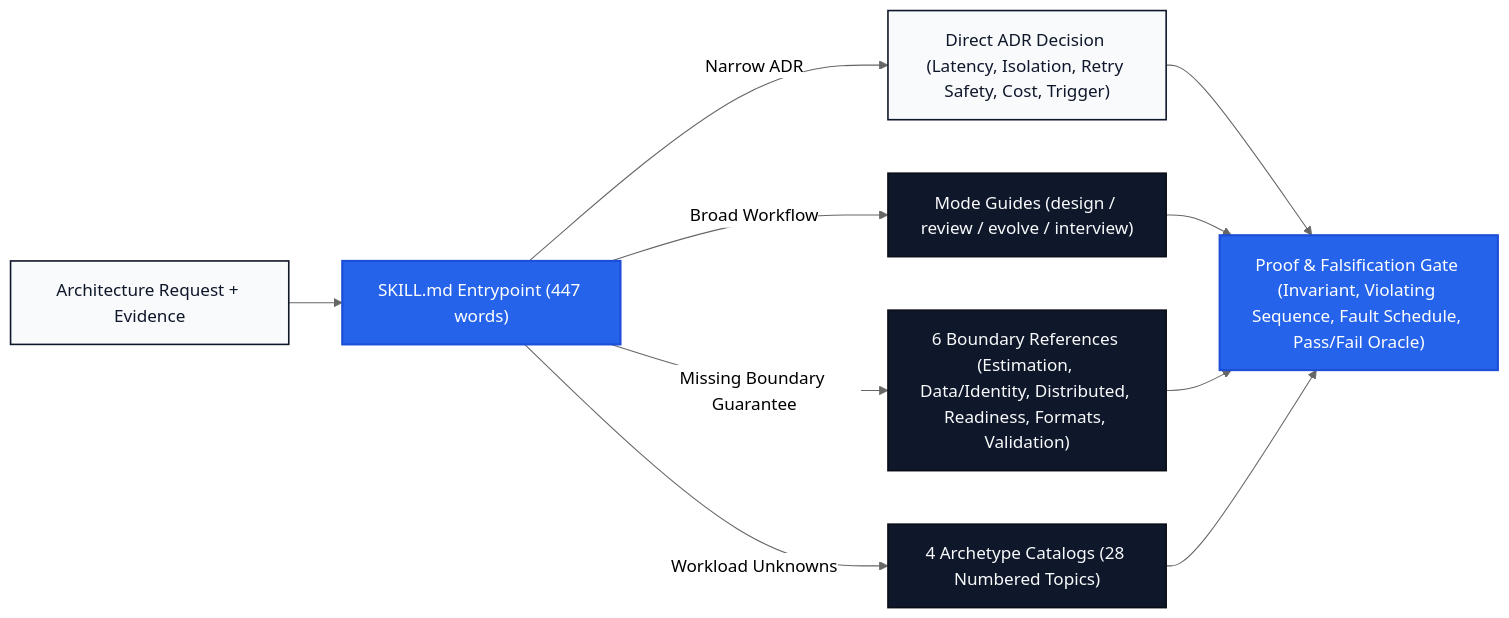
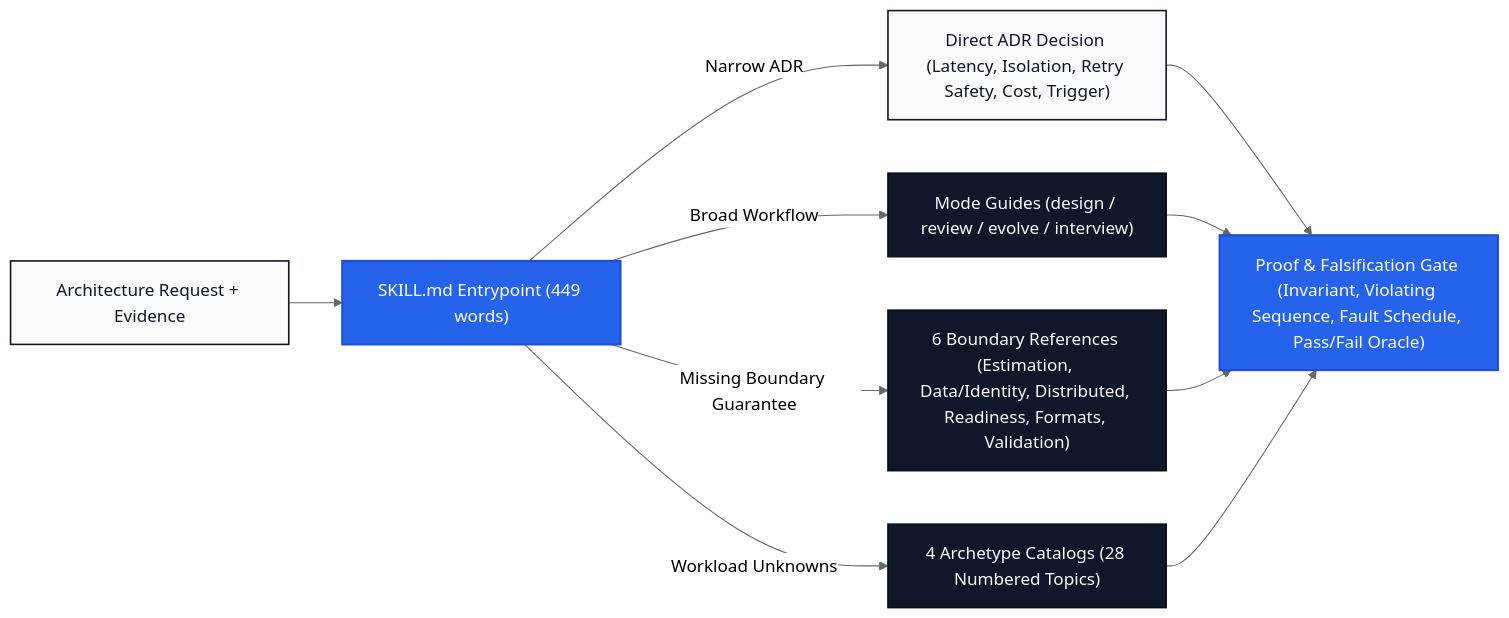
One commit to Woffluon/system-design-compass changed the diagram in README.md. Above: the diagram before and after it, drawn with Mermaid (neutral theme). The commit also changed other lines of this file and 1 other file, not shown here.

Commit message:
docs: update SKILL.md entrypoint word count from 447 to 449

````diff
--- a/README.md
+++ b/README.md
@@ -91,15 +91,15 @@
 ```mermaid
 flowchart LR
     classDef navy fill:#0f172a,stroke:#090d16,color:#f8fafc,stroke-width:1.5px
     classDef cobalt fill:#2563eb,stroke:#1d4ed8,color:#ffffff,stroke-width:2px
     classDef slate fill:#f8fafc,stroke:#0f172a,color:#0f172a,stroke-width:1.5px
 
-    Req["Architecture Request + Evidence"]:::slate --> Entry["SKILL.md Entrypoint (447 words)"]:::cobalt
+    Req["Architecture Request + Evidence"]:::slate --> Entry["SKILL.md Entrypoint (449 words)"]:::cobalt
 
     Entry -->|"Narrow ADR"| Narrow["Direct ADR Decision (Latency, Isolation, Retry Safety, Cost, Trigger)"]:::slate
     Entry -->|"Broad Workflow"| Modes["Mode Guides (design / review / evolve / interview)"]:::navy
     Entry -->|"Missing Boundary Guarantee"| Bounds["6 Boundary References (Estimation, Data/Identity, Distributed, Readiness, Formats, Validation)"]:::navy
     Entry -->|"Workload Unknowns"| Arch["4 Archetype Catalogs (28 Numbered Topics)"]:::navy
 
     Narrow & Modes & Bounds & Arch --> Gate["Proof & Falsification Gate (Invariant, Violating Sequence, Fault Schedule, Pass/Fail Oracle)"]:::cobalt
 ```
````
